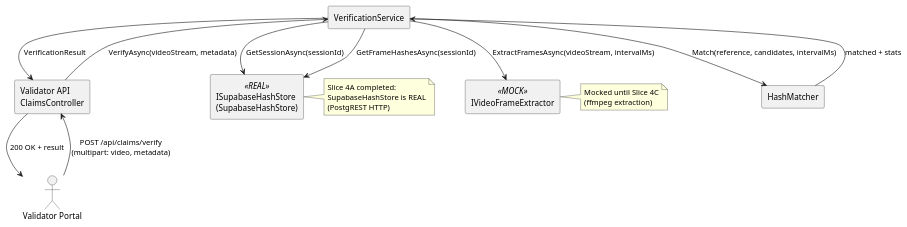
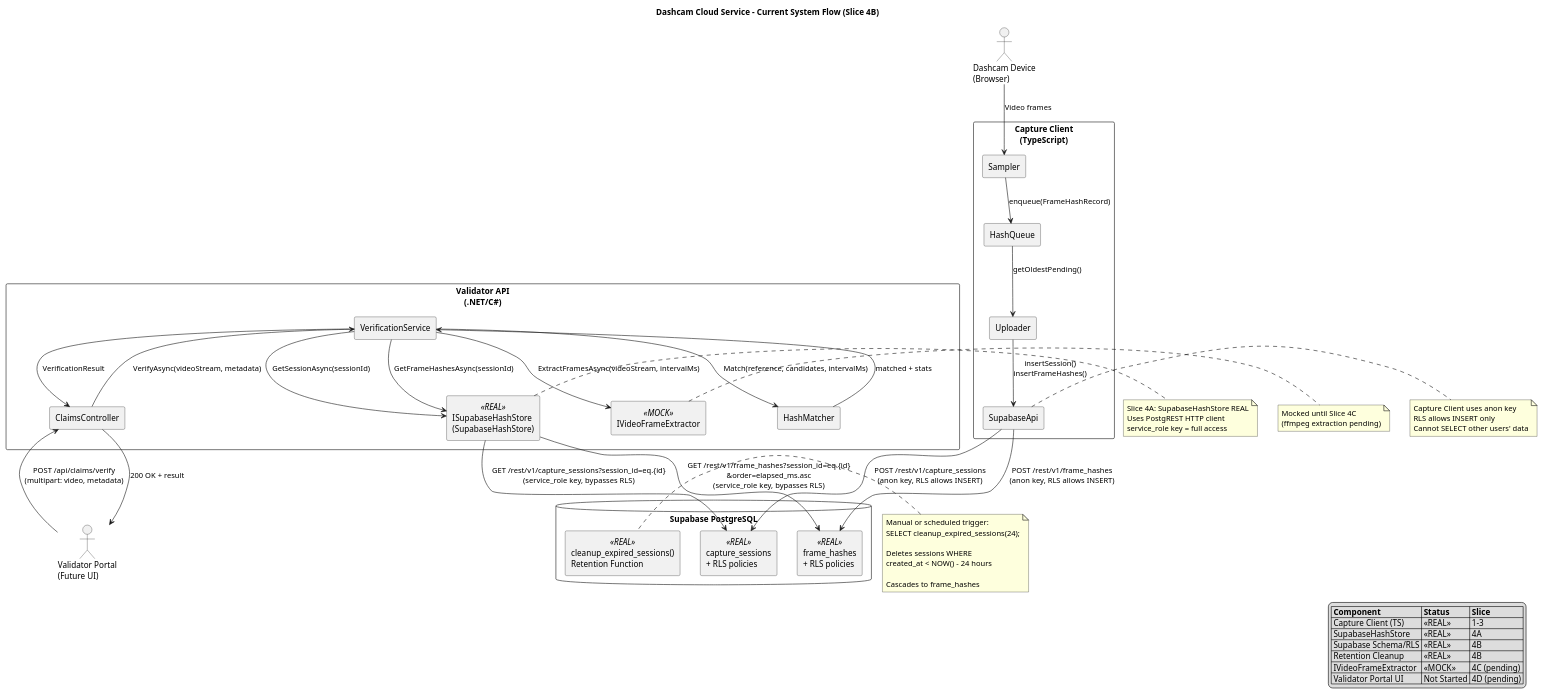
The diagram in docs/flow/current-system-flow.puml (JayGarland/dashcam-cloudservice-web), drawn with PlantUML before and after one commit. The commit also changed other lines of this file and 2 other files, not shown here.

Commit message:
Document and finalize Slice 4B: Supabase schema, RLS, retention
Marks Slice 4B as complete in ProjectState.md, adds a detailed implementation log (docs/slice4b-log.md), and updates the PlantUML system flow diagram to reflect the finalized Supabase schema, RLS policies, and retention cleanup function. Documents SQL migration order, security model, and secrets safety. No application logic changes; focus is on documentation, infrastructure, and repo integrity.

```diff
--- a/docs/flow/current-system-flow.puml
+++ b/docs/flow/current-system-flow.puml
@@ -1,32 +1,107 @@
 @startuml
 skinparam shadowing false
 skinparam componentStyle rectangle
 
-actor "Validator Portal" as Portal
-component "Validator API\nClaimsController" as Api
-component "VerificationService" as Verify
-component "ISupabaseHashStore\n(SupabaseHashStore)" <<REAL>> as Store
-component "IVideoFrameExtractor" <<MOCK>> as Extractor
-component "HashMatcher" as Matcher
+title Dashcam Cloud Service - Current System Flow (Slice 4B)
 
-Portal --> Api : POST /api/claims/verify\n(multipart: video, metadata)
-Api --> Verify : VerifyAsync(videoStream, metadata)
+' ============================================================================
+' Actors and Components
+' ============================================================================
+
+actor "Dashcam Device\n(Browser)" as Client
+actor "Validator Portal\n(Future UI)" as Portal
+
+component "Capture Client\n(TypeScript)" as CaptureApp {
+  component "Sampler" as Sampler
+  component "HashQueue" as Queue
+  component "Uploader" as Uploader
+  component "SupabaseApi" as ClientApi
+}
+
+component "Validator API\n(.NET/C#)" as ValidatorApp {
+  component "ClaimsController" as Controller
+  component "VerificationService" as Verify
+  component "ISupabaseHashStore\n(SupabaseHashStore)" <<REAL>> as Store
+  component "IVideoFrameExtractor" <<MOCK>> as Extractor
+  component "HashMatcher" as Matcher
+}
+
+database "Supabase PostgreSQL" as DB {
+  component "capture_sessions\n+ RLS policies" <<REAL>> as SessionsTable
+  component "frame_hashes\n+ RLS policies" <<REAL>> as HashesTable
+  component "cleanup_expired_sessions()\nRetention Function" <<REAL>> as Cleanup
+}
+
+' ============================================================================
+' Capture Flow (Write Path)
+' ============================================================================
+
+Client --> Sampler : Video frames
+Sampler --> Queue : enqueue(FrameHashRecord)
+Queue --> Uploader : getOldestPending()
+Uploader --> ClientApi : insertSession()\ninsertFrameHashes()
+ClientApi --> SessionsTable : POST /rest/v1/capture_sessions\n(anon key, RLS allows INSERT)
+ClientApi --> HashesTable : POST /rest/v1/frame_hashes\n(anon key, RLS allows INSERT)
+
+note right of ClientApi
+Capture Client uses anon key
+RLS allows INSERT only
+Cannot SELECT other users' data
+end note
+
+' ============================================================================
+' Verification Flow (Read Path)
+' ============================================================================
+
+Portal --> Controller : POST /api/claims/verify\n(multipart: video, metadata)
+Controller --> Verify : VerifyAsync(videoStream, metadata)
 Verify --> Store : GetSessionAsync(sessionId)
+Store --> SessionsTable : GET /rest/v1/capture_sessions?session_id=eq.{id}\n(service_role key, bypasses RLS)
 Verify --> Store : GetFrameHashesAsync(sessionId)
+Store --> HashesTable : GET /rest/v1/frame_hashes?session_id=eq.{id}\n&order=elapsed_ms.asc\n(service_role key, bypasses RLS)
 Verify --> Extractor : ExtractFramesAsync(videoStream, intervalMs)
 Verify --> Matcher : Match(reference, candidates, intervalMs)
 Matcher --> Verify : matched + stats
-Verify --> Api : VerificationResult
-Api --> Portal : 200 OK + result
+Verify --> Controller : VerificationResult
+Controller --> Portal : 200 OK + result
 
 note right of Store
-Slice 4A completed:
-SupabaseHashStore is REAL
-(PostgREST HTTP)
+Slice 4A: SupabaseHashStore REAL
+Uses PostgREST HTTP client
+service_role key = full access
 end note
 
 note right of Extractor
 Mocked until Slice 4C
-(ffmpeg extraction)
+(ffmpeg extraction pending)
 end note
+
+' ============================================================================
+' Retention Flow (Cleanup)
+' ============================================================================
+
+note left of Cleanup
+Manual or scheduled trigger:
+SELECT cleanup_expired_sessions(24);
+
+Deletes sessions WHERE
+created_at < NOW() - 24 hours
+
+Cascades to frame_hashes
+end note
+
+' ============================================================================
+' Legend
+' ============================================================================
+
+legend right
+  |= Component |= Status |= Slice |
+  | Capture Client (TS) | <<REAL>> | 1-3 |
+  | SupabaseHashStore | <<REAL>> | 4A |
+  | Supabase Schema/RLS | <<REAL>> | 4B |
+  | Retention Cleanup | <<REAL>> | 4B |
+  | IVideoFrameExtractor | <<MOCK>> | 4C (pending) |
+  | Validator Portal UI | Not Started | 4D (pending) |
+endlegend
+
 @enduml
```
